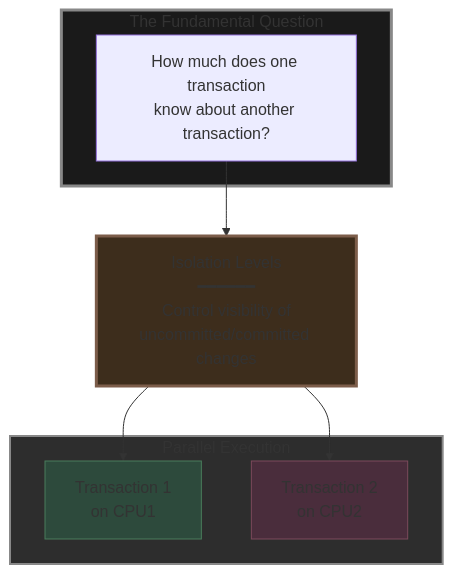
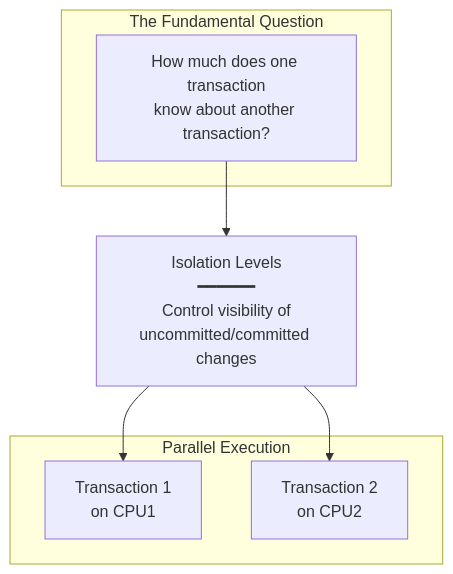
Before and after one commit to Yash-Kavaiya/The-System-Design-Masterclass: the first of 9 diagrams in system design beginner/6. Databse Isolation Levels.md, drawn with Mermaid. The commit also changed other lines of this file, not shown here.

````diff
--- a/system design beginner/6. Databse Isolation Levels.md
+++ b/system design beginner/6. Databse Isolation Levels.md
@@ -9,23 +9,18 @@
 ```mermaid
 graph TB
     subgraph Question["The Fundamental Question"]
         Q["How much does one transaction<br/>know about another transaction?"]
     end
     
     subgraph Parallel["Parallel Execution"]
         T1["Transaction 1<br/>on CPU1"]
         T2["Transaction 2<br/>on CPU2"]
     end
     
     IL[Isolation Levels<br/>━━━━━━<br/>Control visibility of<br/>uncommitted/committed changes]
     
     Q --> IL
     IL --> T1
     IL --> T2
     
-    style Question fill:#1a1a1a,stroke:#888,stroke-width:3px
-    style Parallel fill:#2d2d2d,stroke:#888,stroke-width:2px
-    style IL fill:#3d2d1c,stroke:#7c5d4a,stroke-width:3px
-    style T1 fill:#2d4a3c,stroke:#4a7c5c
-    style T2 fill:#4a2d3c,stroke:#7c4a5c
 ```
````
